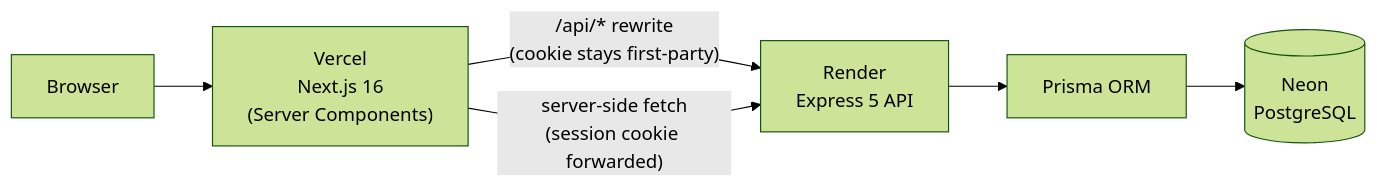
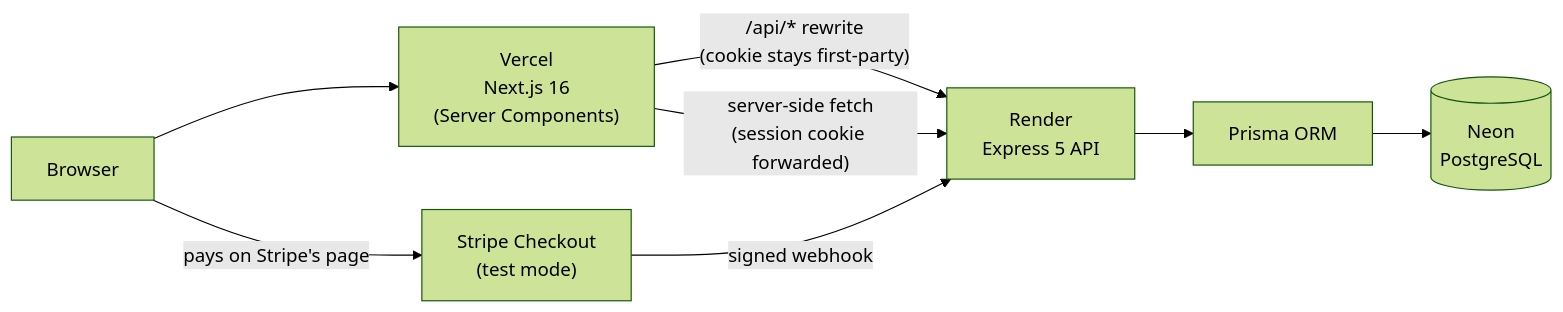
One commit to ap23hp/Tix-book changed the diagram in README.md. Above: the diagram before and after it, drawn with Mermaid (forest theme). The commit also changed other lines of this file and 3 other files, not shown here.

````diff
--- a/README.md
+++ b/README.md
@@ -42,8 +45,10 @@
 ```mermaid
 flowchart LR
     B["Browser"] --> V["Vercel<br/>Next.js 16<br/>(Server Components)"]
     V -->|"/api/* rewrite<br/>(cookie stays first-party)"| R["Render<br/>Express 5 API"]
     V -->|"server-side fetch<br/>(session cookie forwarded)"| R
     R --> P["Prisma ORM"]
     P --> N[("Neon<br/>PostgreSQL")]
+    B -->|"pays on Stripe's page"| S["Stripe Checkout<br/>(test mode)"]
+    S -->|"signed webhook"| R
 ```
````
